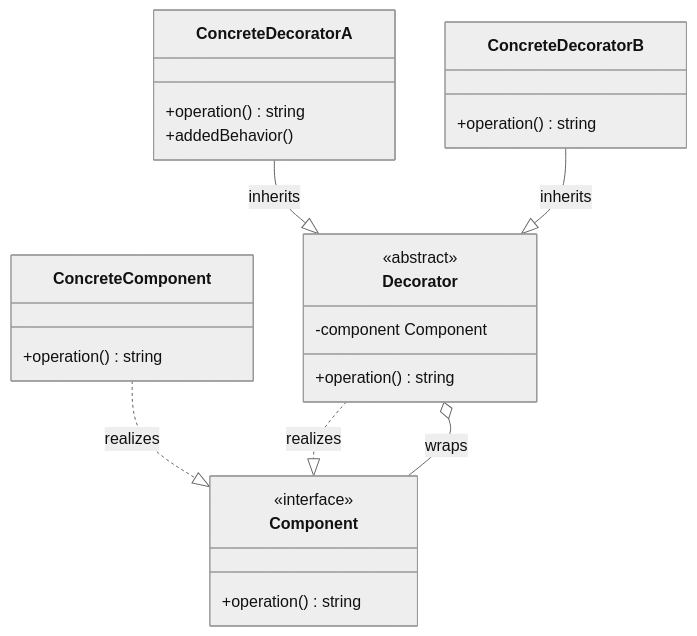
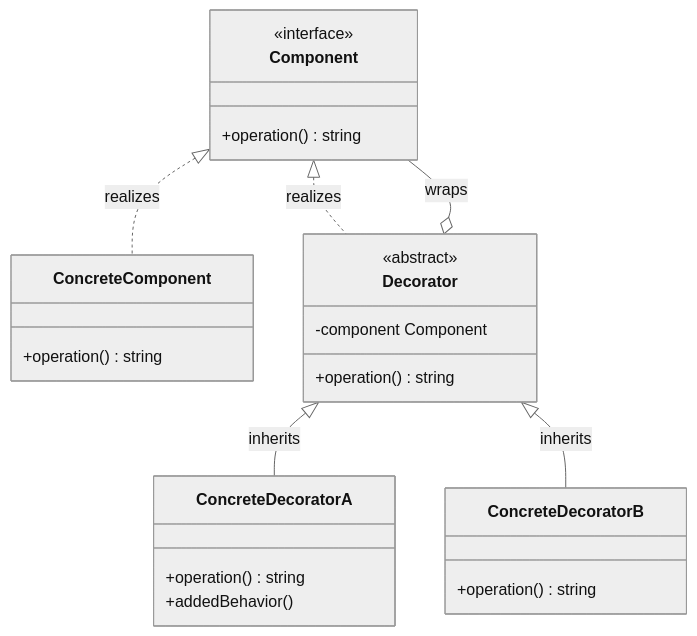
Before and after one commit to dasakash26/system-design: the first of 2 diagrams in notes/7_Decorator Pattern/7_Decorator Pattern.md, drawn with Mermaid (neutral theme). The commit also changed other lines of this file and 17 other files, not shown here.

````diff
--- a/notes/7_Decorator Pattern/7_Decorator Pattern.md
+++ b/notes/7_Decorator Pattern/7_Decorator Pattern.md
@@ -22,29 +27,29 @@
 ```mermaid
 classDiagram
     direction TB
     class Component {
         <<interface>>
         +operation() string
     }
     class ConcreteComponent {
         +operation() string
     }
     class Decorator {
         <<abstract>>
         -component Component
         +operation() string
     }
     class ConcreteDecoratorA {
         +operation() string
         +addedBehavior()
     }
     class ConcreteDecoratorB {
         +operation() string
     }
 
-    ConcreteComponent ..|> Component : realizes
-    Decorator ..|> Component : realizes
-    Decorator o-- Component : wraps
-    ConcreteDecoratorA --|> Decorator : inherits
-    ConcreteDecoratorB --|> Decorator : inherits
+    Component <|.. ConcreteComponent : realizes
+    Component <|.. Decorator : realizes
+    Component --o Decorator : wraps
+    Decorator <|-- ConcreteDecoratorA : inherits
+    Decorator <|-- ConcreteDecoratorB : inherits
 ```
````
